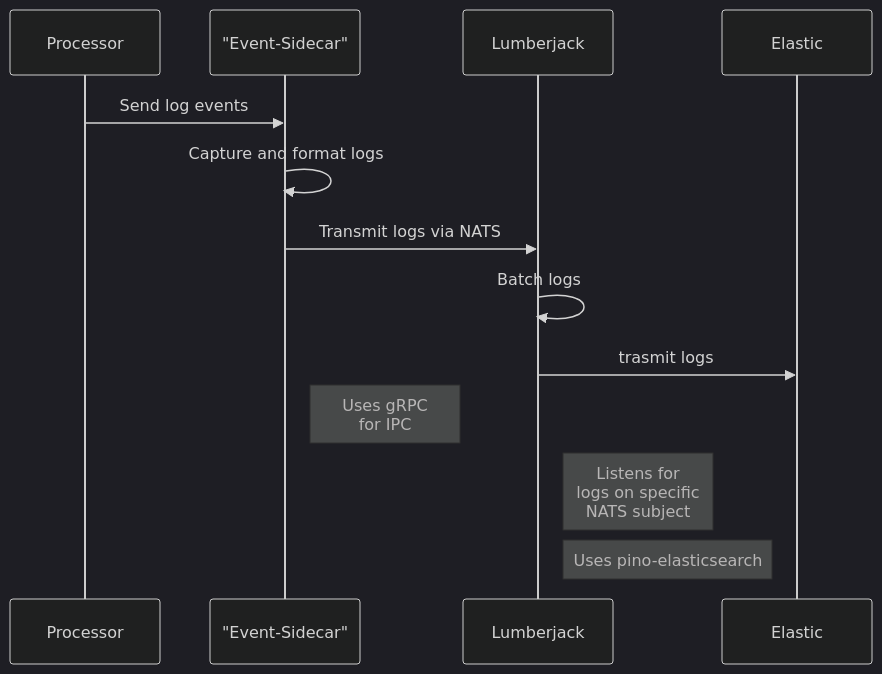
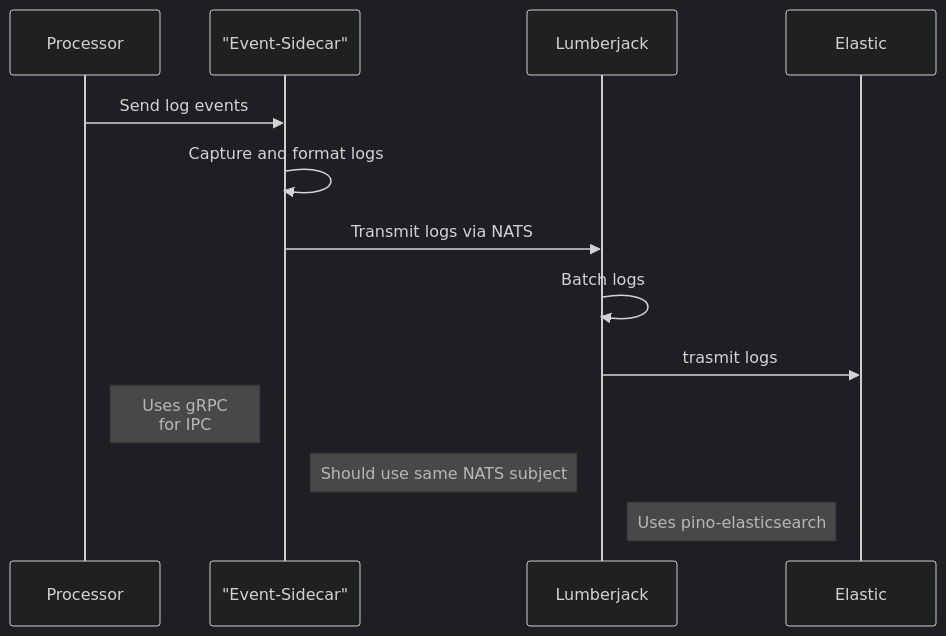
Before and after one commit to tazama-lf/docs: the diagram in Technical/Logging/The-Tazama-Logging-Framework.md, drawn with Mermaid (dark theme).

Commit message:
docs: reorder sequence diagram notes

````diff
--- a/Technical/Logging/The-Tazama-Logging-Framework.md
+++ b/Technical/Logging/The-Tazama-Logging-Framework.md
@@ -43,19 +43,19 @@
 ```mermaid
 sequenceDiagram
     participant Processor
     participant EventSidecar as "Event-Sidecar"
     participant Lumberjack
     participant Elastic
 
     Processor->>EventSidecar: Send log events
     EventSidecar->>EventSidecar: Capture and format logs
     EventSidecar->>Lumberjack: Transmit logs via NATS
     Lumberjack->>Lumberjack: Batch logs
     Lumberjack->>Elastic: trasmit logs
 
-    Note right of EventSidecar: Uses gRPC<br/>for IPC
+    Note left of EventSidecar: Uses gRPC<br/>for IPC
 
-    Note right of Lumberjack: Listens for<br/>logs on specific<br/>NATS subject
+    Note left of Lumberjack: Should use same NATS subject
     
     Note right of Lumberjack: Uses pino-elasticsearch
 ```
````
